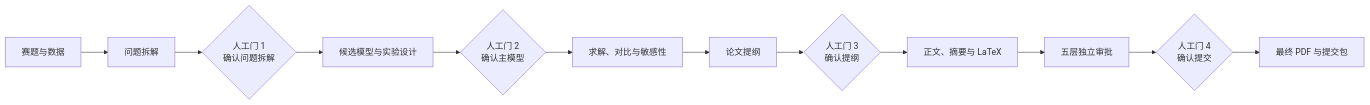
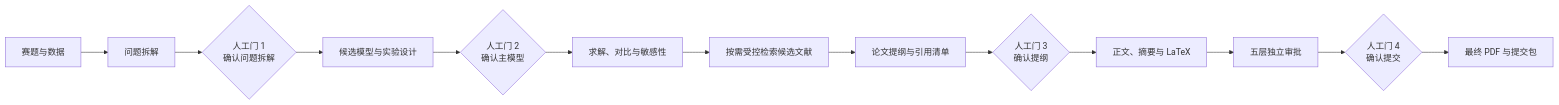
Before and after one commit to 1Yuuuuuuu/math_model: the second of 2 diagrams in docs/superpowers/specs/2026-08-21-cumcm-workbench-design.md, drawn with Mermaid. The commit also changed other lines of this file and 3 other files, not shown here.

Commit message:
docs: integrate paper research capability roadmap

````diff
--- a/docs/superpowers/specs/2026-08-21-cumcm-workbench-design.md
+++ b/docs/superpowers/specs/2026-08-21-cumcm-workbench-design.md
@@ -107,14 +107,15 @@
 ```mermaid
 flowchart LR
     A["赛题与数据"] --> B["问题拆解"]
     B --> G1{"人工门 1\n确认问题拆解"}
     G1 --> C["候选模型与实验设计"]
     C --> G2{"人工门 2\n确认主模型"}
     G2 --> D["求解、对比与敏感性"]
-    D --> E["论文提纲"]
+    D --> L["按需受控检索候选文献"]
+    L --> E["论文提纲与引用清单"]
     E --> G3{"人工门 3\n确认提纲"}
     G3 --> F["正文、摘要与 LaTeX"]
     F --> H["五层独立审批"]
     H --> G4{"人工门 4\n确认提交"}
     G4 --> I["最终 PDF 与提交包"]
 ```
````
